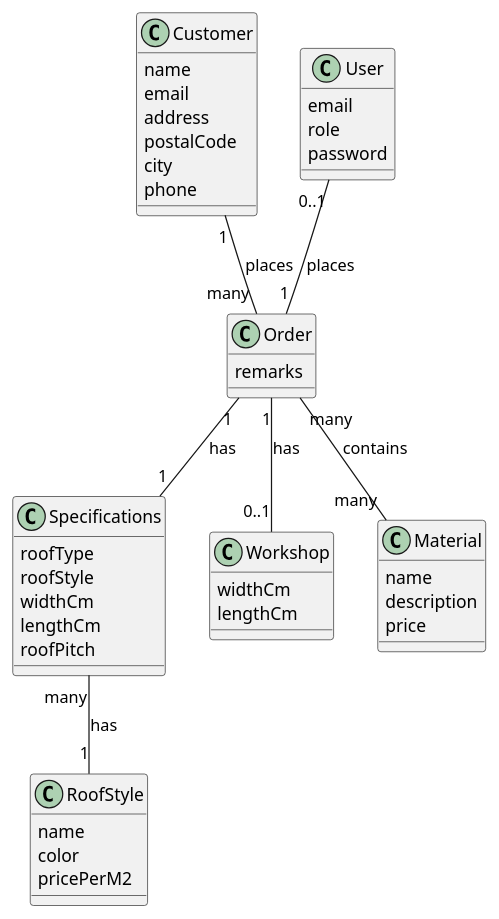
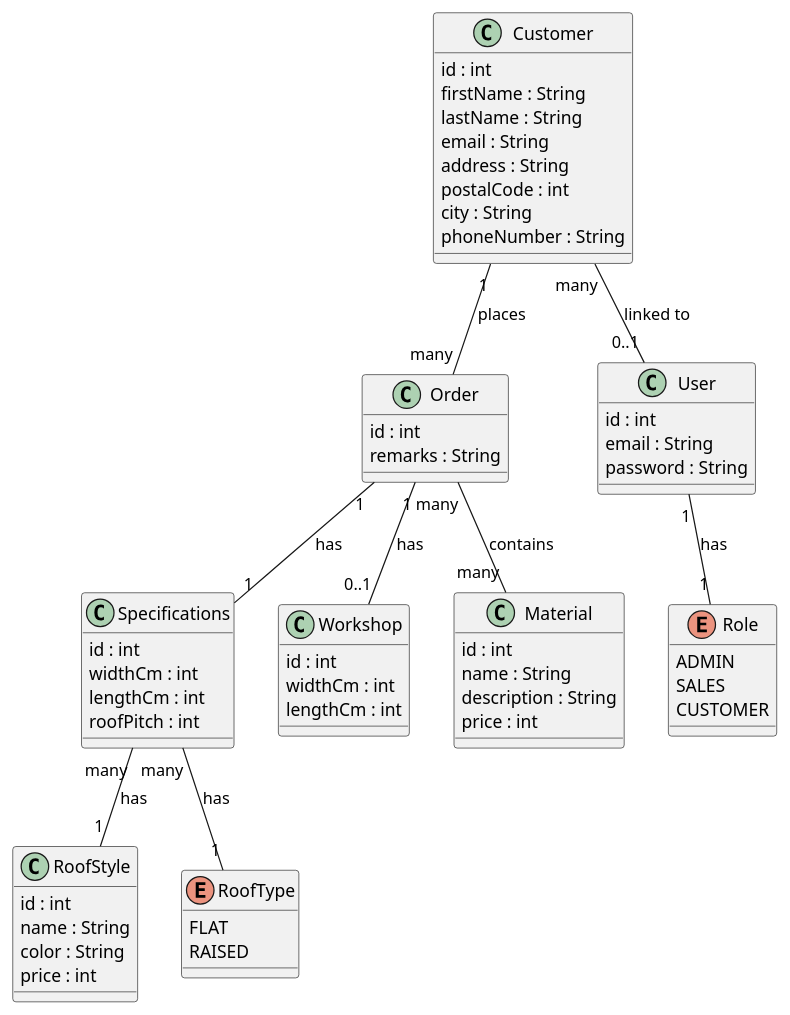
Before and after one commit to CarportProject/CarportProject: the diagram in diagrams/domainModel.puml, drawn with PlantUML. The commit also changed 10 other files, not shown here.

```diff
--- a/diagrams/domainModel.puml
+++ b/diagrams/domainModel.puml
@@ -1,53 +1,72 @@
 @startuml
 
 class Customer {
-    name
-    email
-    address
-    postalCode
-    city
-    phone
+    id : int
+    firstName : String
+    lastName : String
+    email : String
+    address : String
+    postalCode : int
+    city : String
+    phoneNumber : String
 }
 
 class Order {
-    remarks
+    id : int
+    remarks : String
 }
 
 class Specifications {
-    roofType
-    roofStyle
-    widthCm
-    lengthCm
-    roofPitch
+    id : int
+    widthCm : int
+    lengthCm : int
+    roofPitch : int
 }
 
 class Workshop {
-    widthCm
-    lengthCm
+    id : int
+    widthCm : int
+    lengthCm : int
 }
 
 class Material {
-    name
-    description
-    price
+    id : int
+    name : String
+    description : String
+    price : int
 }
 
 class RoofStyle {
-    name
-    color
-    pricePerM2
-}
-class User{
-email
-role
-password
+    id : int
+    name : String
+    color : String
+    price : int
 }
 
+class User {
+    id : int
+    email : String
+    password : String
+}
+
+enum Role {
+    ADMIN
+    SALES
+    CUSTOMER
+}
+
+enum RoofType {
+    FLAT
+    RAISED
+}
+
+Customer "many" -- "0..1" User : linked to
 Customer "1" -- "many" Order : places
 Order "1" -- "1" Specifications : has
 Order "1" -- "0..1" Workshop : has
-User "0..1" -- "1" Order : places
 Order "many" -- "many" Material : contains
 Specifications "many" -- "1" RoofStyle : has
+Specifications "many" -- "1" RoofType : has
+User "1" -- "1" Role : has
 
 @enduml
```
